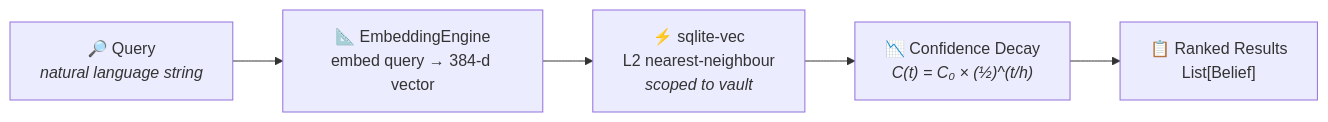
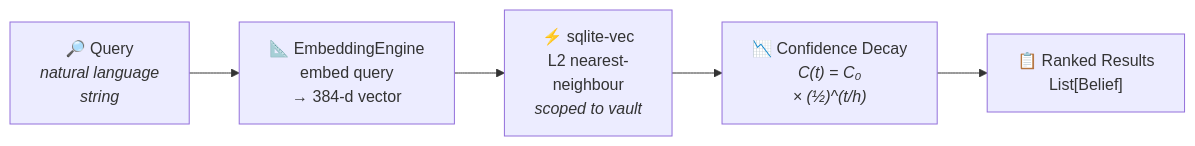
The second of 3 diagrams in backend/docs/concepts.rst (axon-memory/axon-memory), drawn with Mermaid before and after one commit. The commit also changed 4 other files, not shown here.

```diff
--- a/backend/docs/concepts.rst
+++ b/backend/docs/concepts.rst
@@ -202,10 +202,10 @@
 .. mermaid::
 
    graph LR
-       Q["🔎 Query<br/><i>natural language string</i>"]
-       E["📐 EmbeddingEngine<br/>embed query → 384-d vector"]
-       V["⚡ sqlite-vec<br/>L2 nearest-neighbour<br/><i>scoped to vault</i>"]
-       D["📉 Confidence Decay<br/><i>C(t) = C₀ × (½)^(t/h)</i>"]
+       Q["🔎 Query<br/><i>natural language<br/>string</i>"]
+       E["📐 EmbeddingEngine<br/>embed query<br/>→ 384-d vector"]
+       V["⚡ sqlite-vec<br/>L2 nearest-<br/>neighbour<br/><i>scoped to vault</i>"]
+       D["📉 Confidence Decay<br/><i>C(t) = C₀<br/>× (½)^(t/h)</i>"]
        R["📋 Ranked Results<br/>List[Belief]"]
 
        Q --> E --> V --> D --> R
```
